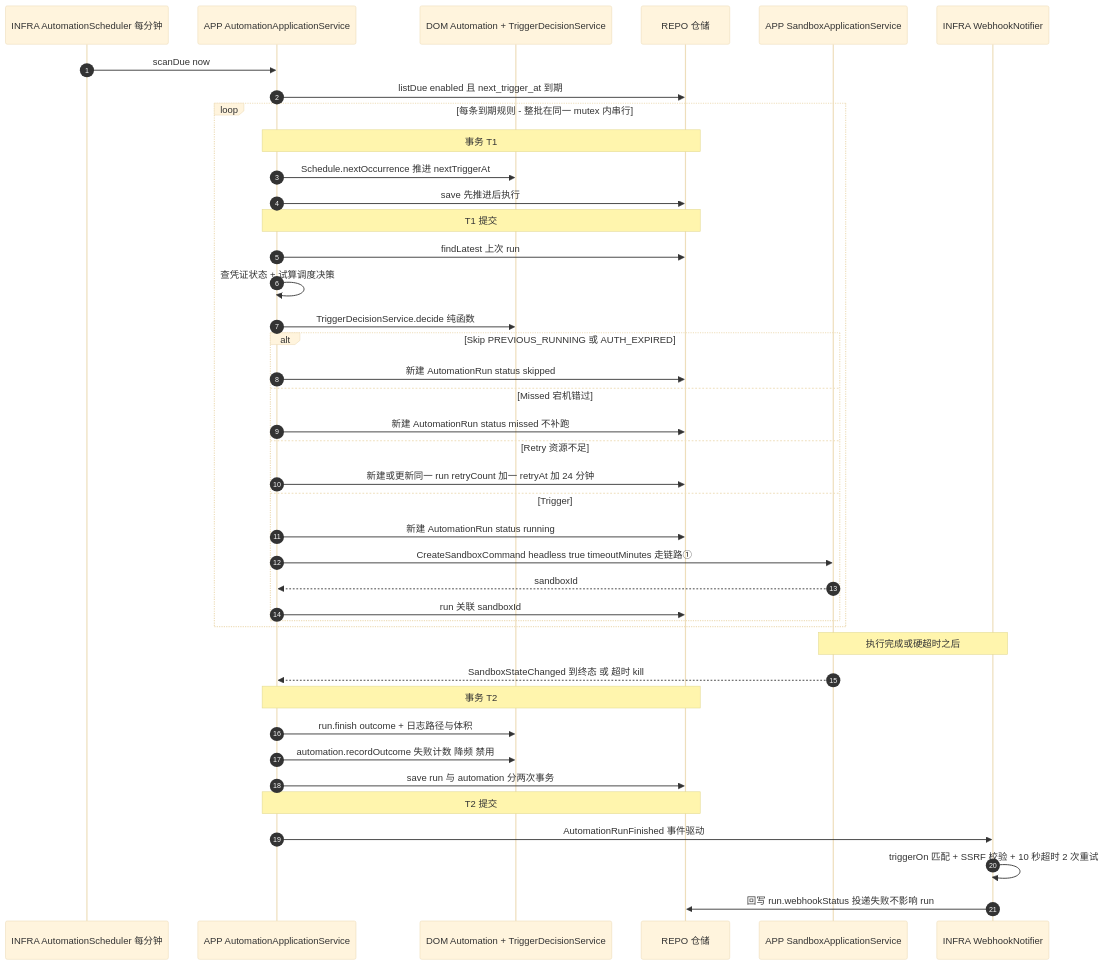
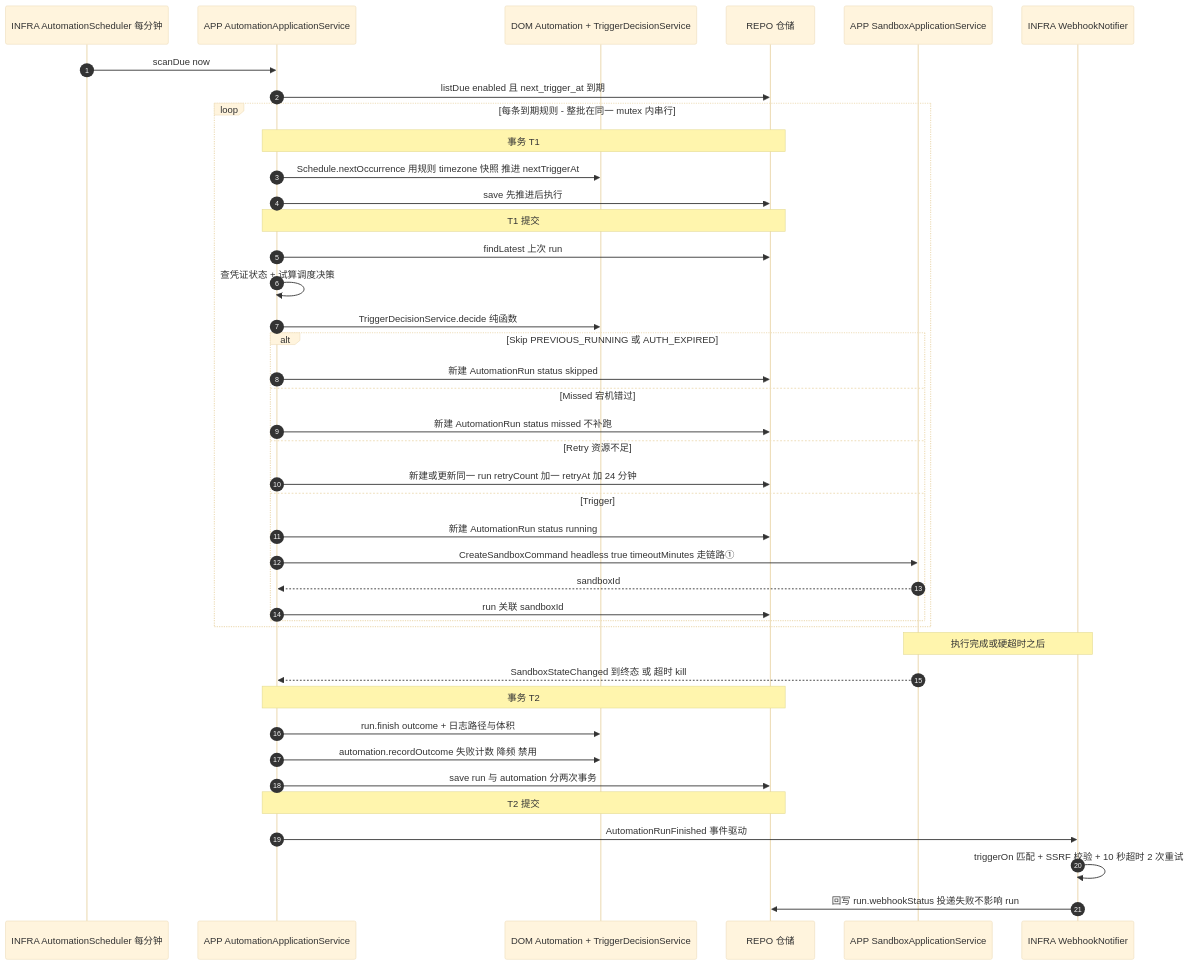
The fourth of 8 diagrams in docs/backend/24-产品子链路后端设计.md (Xeonice/cloud-agent-platform-docs), drawn with Mermaid (base theme) before and after one commit. The commit also changed other lines of this file and 31 other files, not shown here.

````diff
--- a/docs/backend/24-产品子链路后端设计.md
+++ b/docs/backend/24-产品子链路后端设计.md
@@ -310,45 +310,45 @@
 ```mermaid
 sequenceDiagram
     autonumber
     participant SCH as INFRA AutomationScheduler 每分钟
     participant APP as APP AutomationApplicationService
     participant DOM as DOM Automation + TriggerDecisionService
     participant REPO as REPO 仓储
     participant SBX as APP SandboxApplicationService
     participant WH as INFRA WebhookNotifier
 
     SCH->>APP: scanDue now
     APP->>REPO: listDue enabled 且 next_trigger_at 到期
     loop 每条到期规则 - 整批在同一 mutex 内串行
         Note over APP,REPO: 事务 T1
-        APP->>DOM: Schedule.nextOccurrence 推进 nextTriggerAt
+        APP->>DOM: Schedule.nextOccurrence 用规则 timezone 快照 推进 nextTriggerAt
         APP->>REPO: save 先推进后执行
         Note over APP,REPO: T1 提交
         APP->>REPO: findLatest 上次 run
         APP->>APP: 查凭证状态 + 试算调度决策
         APP->>DOM: TriggerDecisionService.decide 纯函数
         alt Skip PREVIOUS_RUNNING 或 AUTH_EXPIRED
             APP->>REPO: 新建 AutomationRun status skipped
         else Missed 宕机错过
             APP->>REPO: 新建 AutomationRun status missed 不补跑
         else Retry 资源不足
             APP->>REPO: 新建或更新同一 run retryCount 加一 retryAt 加 24 分钟
         else Trigger
             APP->>REPO: 新建 AutomationRun status running
             APP->>SBX: CreateSandboxCommand headless true timeoutMinutes 走链路①
             SBX-->>APP: sandboxId
             APP->>REPO: run 关联 sandboxId
         end
     end
 
     Note over SBX,WH: 执行完成或硬超时之后
     SBX-->>APP: SandboxStateChanged 到终态 或 超时 kill
     Note over APP,REPO: 事务 T2
     APP->>DOM: run.finish outcome + 日志路径与体积
     APP->>DOM: automation.recordOutcome 失败计数 降频 禁用
     APP->>REPO: save run 与 automation 分两次事务
     Note over APP,REPO: T2 提交
     APP->>WH: AutomationRunFinished 事件驱动
     WH->>WH: triggerOn 匹配 + SSRF 校验 + 10 秒超时 2 次重试
     WH->>REPO: 回写 run.webhookStatus 投递失败不影响 run
 ```
````
